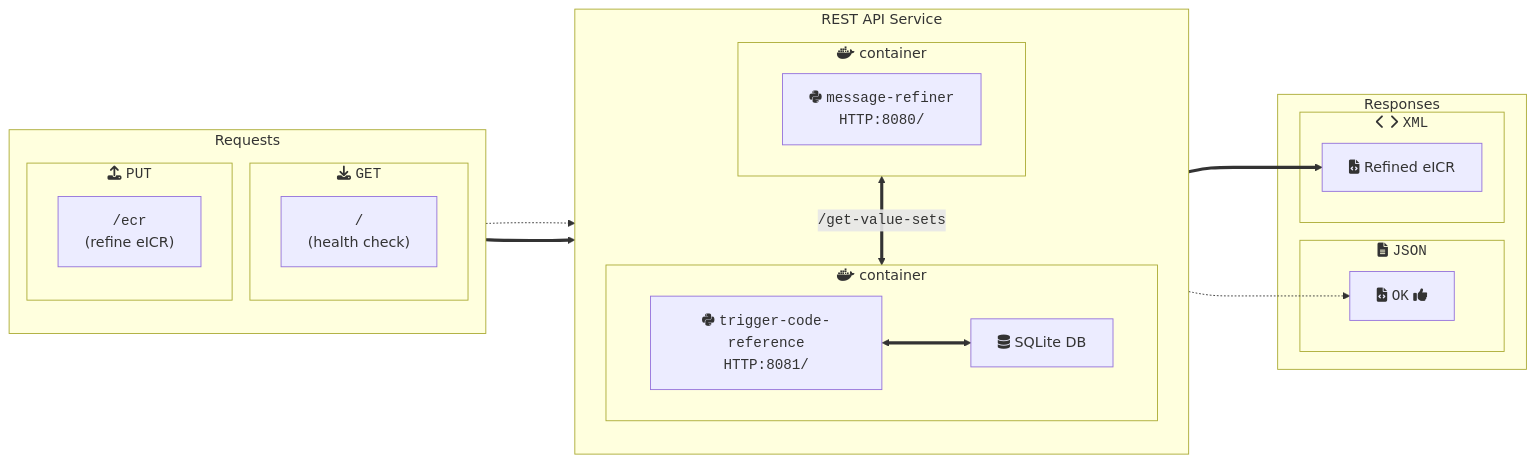
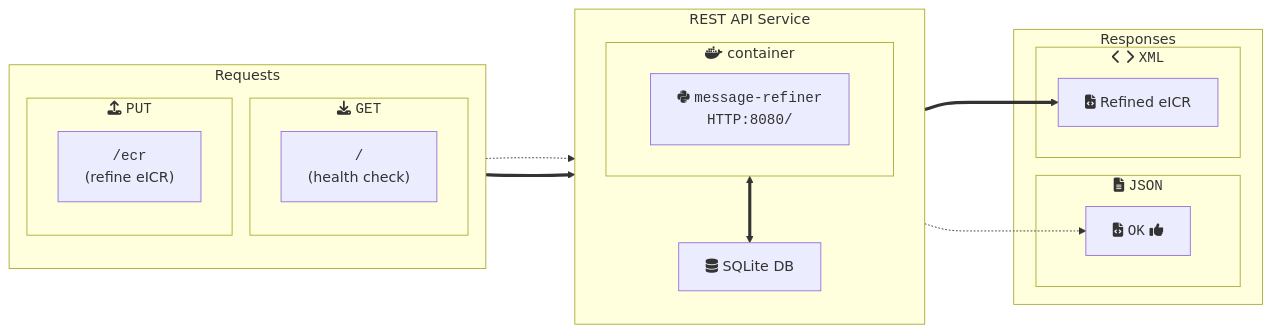
The diagram in refiner/README.md (CDCgov/dibbs-ecr-refiner), drawn with Mermaid before and after one commit. The commit also changed 1 other file, not shown here.

Commit message:
docs(refiner): Update the diagram & link to steps;
The Trigger Code Reference service was removed as a dependency in #19
and relevant code was integrated into the `refiner/app/db.py` file.

````diff
--- a/refiner/README.md
+++ b/refiner/README.md
@@ -50,37 +50,34 @@
 ```mermaid
 flowchart LR
 
 subgraph requests["Requests"]
 direction TB
 subgraph GET["fas:fa-download <code>GET</code>"]
 hc["<code>/</code>\n(health check)"]
 end
 subgraph PUT["fas:fa-upload <code>PUT</code>"]
 ecr["<code>/ecr</code>\n(refine eICR)"]
 end
 end
 
 subgraph service[REST API Service]
 direction TB
 subgraph mr["fab:fa-docker container"]
 refiner["fab:fa-python <code>message-refiner<br>HTTP:8080/</code>"]
 end
-subgraph tcr["fab:fa-docker container"]
-tcr-service["fab:fa-python <code>trigger-code-reference<br>HTTP:8081/</code>"] <==> db["fas:fa-database SQLite DB"]
-end
-mr <==> |<code>/get-value-sets</code>| tcr
+mr <==> db["fas:fa-database SQLite DB"]
 end
 
 subgraph response["Responses"]
 subgraph JSON["fa:fa-file-alt <code>JSON</code>"]
 rsp-hc["fa:fa-file-code <code>OK</code> fa:fa-thumbs-up"]
 end
 subgraph XML["fas:fa-chevron-left fas:fa-chevron-right <code>XML</code>"]
 rsp-ecr["fas:fa-file-code Refined eICR"]
 end
 end
 
 hc -.-> mr -.-> rsp-hc
 ecr ===> mr ===> rsp-ecr
 
 ```
````
